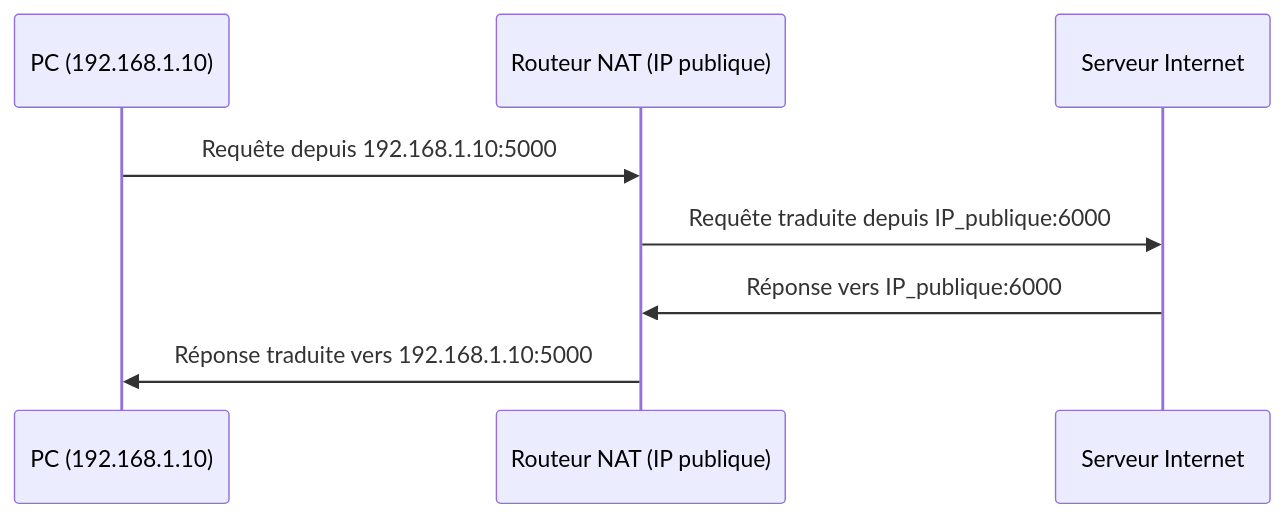
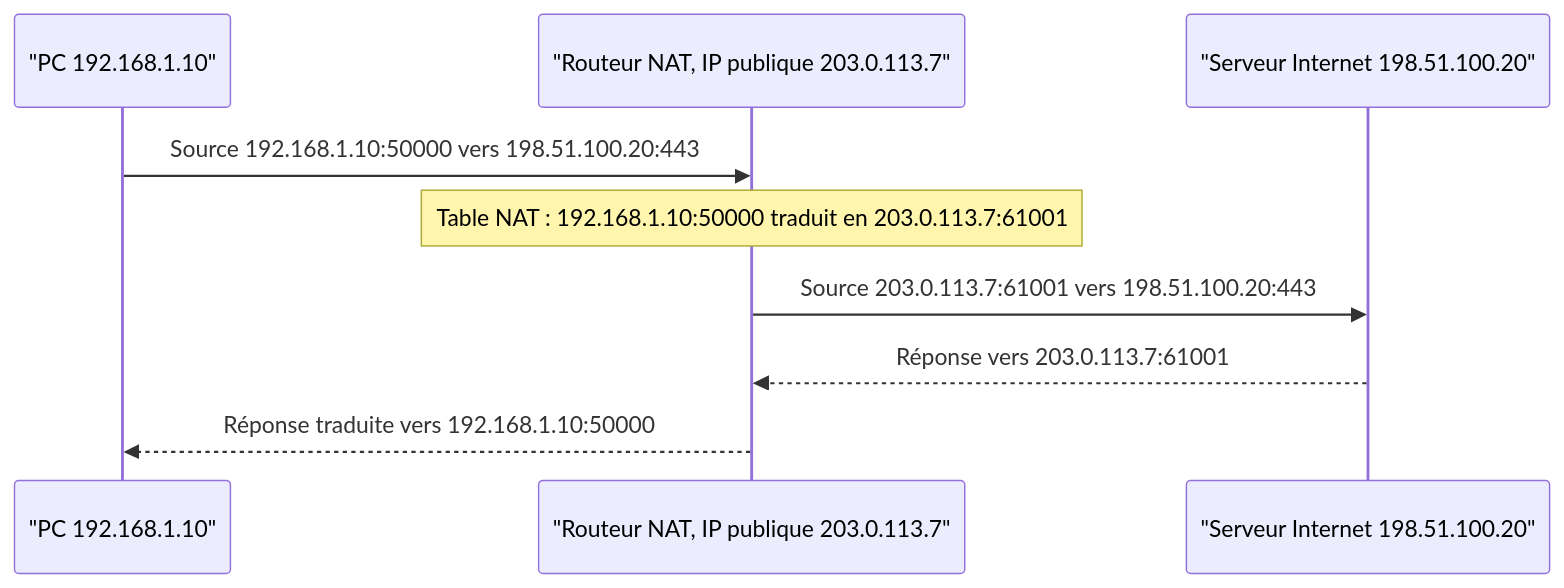
The diagram in content/courses/reseaux/06-pare-feu-nat-vpn.md (AureDulvresse/nyx), drawn with Mermaid before and after one commit. The commit also changed other lines of this file and 167 other files, not shown here.

````diff
--- a/content/courses/reseaux/06-pare-feu-nat-vpn.md
+++ b/content/courses/reseaux/06-pare-feu-nat-vpn.md
@@ -40,10 +115,11 @@
 ```mermaid
 sequenceDiagram
-    participant PC as PC (192.168.1.10)
-    participant Routeur as Routeur NAT (IP publique)
-    participant Serveur as Serveur Internet
-    PC->>Routeur: Requête depuis 192.168.1.10:5000
-    Routeur->>Serveur: Requête traduite depuis IP_publique:6000
-    Serveur->>Routeur: Réponse vers IP_publique:6000
-    Routeur->>PC: Réponse traduite vers 192.168.1.10:5000
+    participant PC as "PC 192.168.1.10"
+    participant R as "Routeur NAT, IP publique 203.0.113.7"
+    participant S as "Serveur Internet 198.51.100.20"
+    PC->>R: Source 192.168.1.10:50000 vers 198.51.100.20:443
+    Note over R: Table NAT : 192.168.1.10:50000 traduit en 203.0.113.7:61001
+    R->>S: Source 203.0.113.7:61001 vers 198.51.100.20:443
+    S-->>R: Réponse vers 203.0.113.7:61001
+    R-->>PC: Réponse traduite vers 192.168.1.10:50000
 ```
````
